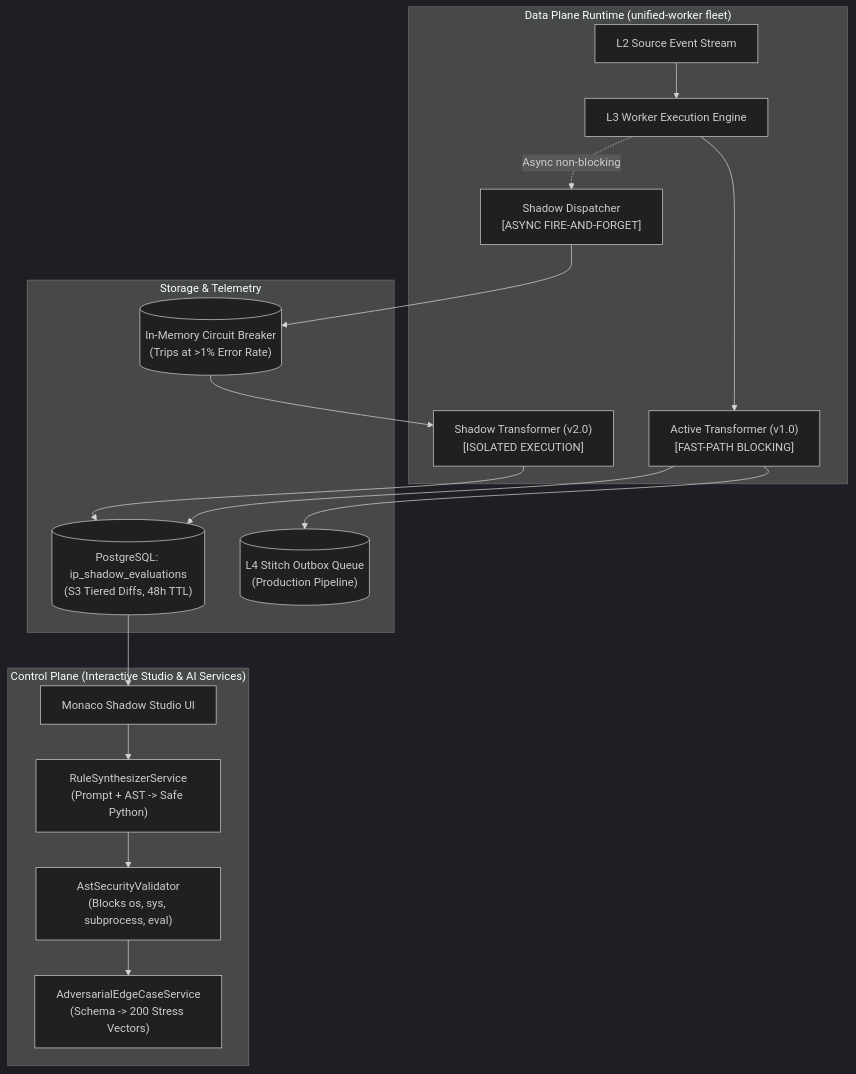
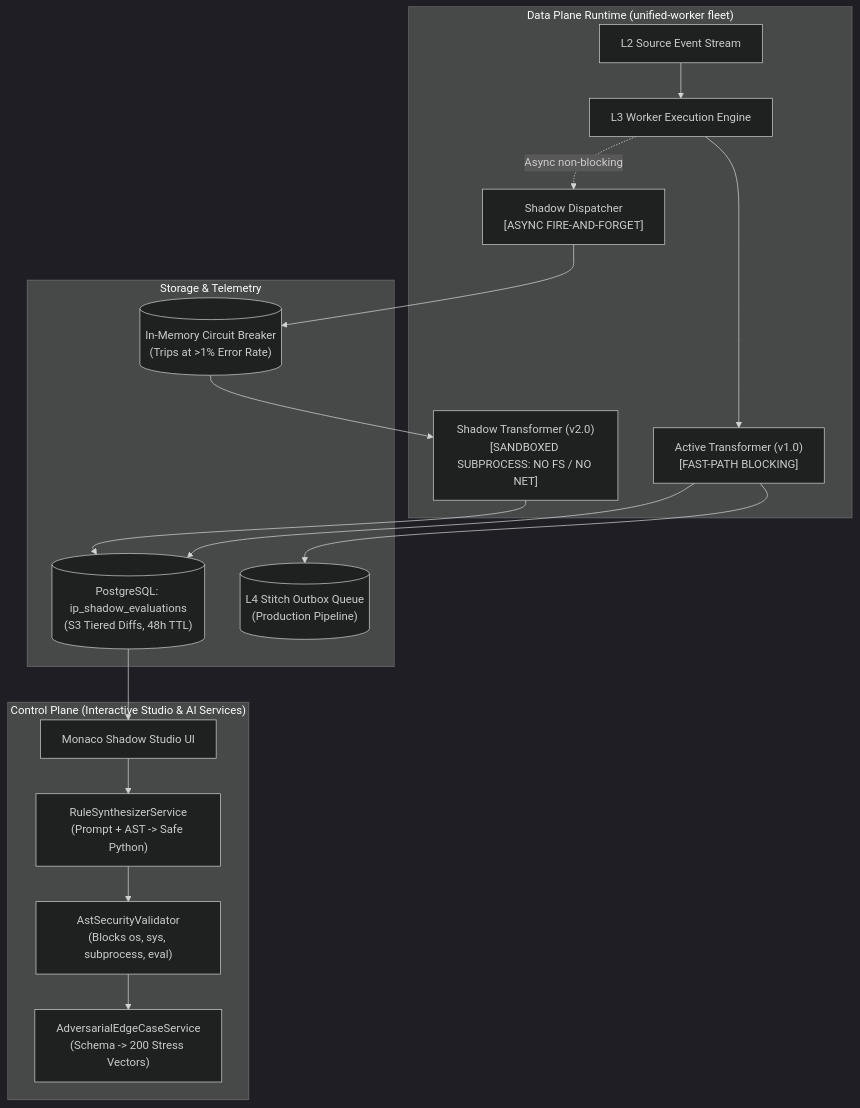
Before and after one commit to pramodnarayana/soopa: the diagram in apps/ip/docs/ai_shadow_testing_and_rules_design.md, drawn with Mermaid (dark theme). The commit also changed other lines of this file and 20 other files, not shown here.

````diff
--- a/apps/ip/docs/ai_shadow_testing_and_rules_design.md
+++ b/apps/ip/docs/ai_shadow_testing_and_rules_design.md
@@ -16,36 +16,36 @@
 ```mermaid
 flowchart TB
     subgraph ControlPlane["Control Plane (Interactive Studio & AI Services)"]
         MonacoStudio["Monaco Shadow Studio UI"]
         RuleSynthesizer["RuleSynthesizerService\n(Prompt + AST -> Safe Python)"]
         EdgeCaseGenerator["AdversarialEdgeCaseService\n(Schema -> 200 Stress Vectors)"]
         AstSecurityValidator["AstSecurityValidator\n(Blocks os, sys, subprocess, eval)"]
     end
 
     subgraph DataPlane["Data Plane Runtime (unified-worker fleet)"]
         L2Stream["L2 Source Event Stream"]
         WorkerPool["L3 Worker Execution Engine"]
         ActiveTransformer["Active Transformer (v1.0)\n[FAST-PATH BLOCKING]"]
         ShadowDispatcher["Shadow Dispatcher\n[ASYNC FIRE-AND-FORGET]"]
-        ShadowTransformer["Shadow Transformer (v2.0)\n[ISOLATED EXECUTION]"]
+        ShadowTransformer["Shadow Transformer (v2.0)\n[SANDBOXED SUBPROCESS: NO FS / NO NET]"]
     end
 
     subgraph TelemetryStore["Storage & Telemetry"]
         L4Outbox[("L4 Stitch Outbox Queue\n(Production Pipeline)")]
         ShadowDB[("PostgreSQL: ip_shadow_evaluations\n(S3 Tiered Diffs, 48h TTL)")]
         CircuitBreaker[("In-Memory Circuit Breaker\n(Trips at >1% Error Rate)")]
     end
 
     MonacoStudio --> RuleSynthesizer
     RuleSynthesizer --> AstSecurityValidator
     AstSecurityValidator --> EdgeCaseGenerator
     L2Stream --> WorkerPool
     WorkerPool --> ActiveTransformer
     WorkerPool -. "Async non-blocking" .-> ShadowDispatcher
     ActiveTransformer --> L4Outbox
     ShadowDispatcher --> CircuitBreaker
     CircuitBreaker --> ShadowTransformer
     ActiveTransformer --> ShadowDB
     ShadowTransformer --> ShadowDB
     ShadowDB --> MonacoStudio
 ```
````
